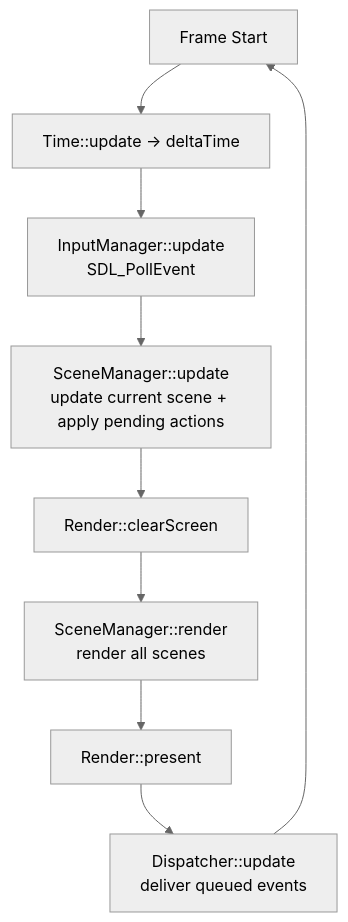
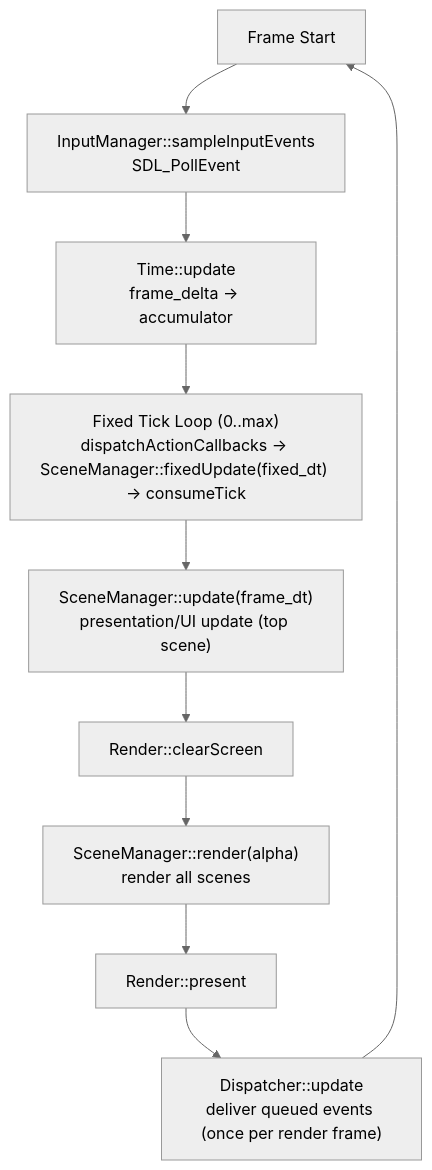
The second of 2 diagrams in docs/entry_to_first_frame.md (WispSnow/TinyFarmRPG), drawn with Mermaid (neutral theme) before and after one commit. The commit also changed other lines of this file and 9 other files, not shown here.

````diff
--- a/docs/entry_to_first_frame.md
+++ b/docs/entry_to_first_frame.md
@@ -32,11 +40,12 @@
 ```mermaid
 flowchart TD
-  A["Frame Start"] --> B["Time::update → deltaTime"]
-  B --> C["InputManager::update<br/>SDL_PollEvent"]
-  C --> D["SceneManager::update<br/>update current scene + apply pending actions"]
-  D --> E["Render::clearScreen"]
-  E --> F["SceneManager::render<br/>render all scenes"]
-  F --> G["Render::present"]
-  G --> H["Dispatcher::update<br/>deliver queued events"]
-  H --> A
+  A["Frame Start"] --> B["InputManager::sampleInputEvents<br/>SDL_PollEvent"]
+  B --> C["Time::update<br/>frame_delta -> accumulator"]
+  C --> D["Fixed Tick Loop (0..max)<br/>dispatchActionCallbacks -> SceneManager::fixedUpdate(fixed_dt) -> consumeTick"]
+  D --> E["SceneManager::update(frame_dt)<br/>presentation/UI update (top scene)"]
+  E --> F["Render::clearScreen"]
+  F --> G["SceneManager::render(alpha)<br/>render all scenes"]
+  G --> H["Render::present"]
+  H --> I["Dispatcher::update<br/>deliver queued events (once per render frame)"]
+  I --> A
 ```
````
